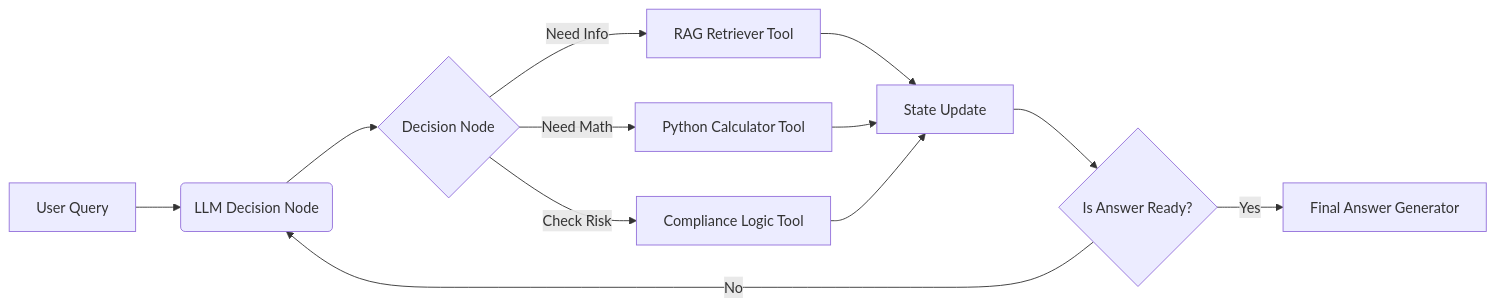
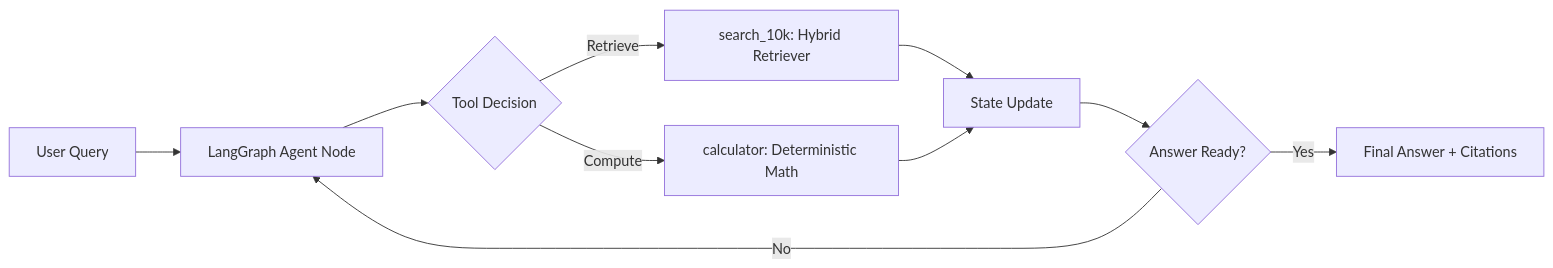
Before and after one commit to denis7-jean/Financial-Analyst-Agent-RAG-LangGraph: the diagram in README.md, drawn with Mermaid. The commit also changed other lines of this file, not shown here.

`````diff
--- a/README.md
+++ b/README.md
@@ -39,13 +45,12 @@
 ```mermaid
 graph LR
-    A[User Query] --> B(LLM Decision Node)
-    B --> C{Decision Node}
-    C -- "Need Info" --> D[RAG Retriever Tool]
-    C -- "Need Math" --> E[Python Calculator Tool]
-    C -- "Check Risk" --> F[Compliance Logic Tool]
-    D & E & F --> G[State Update]
-    G --> H{Is Answer Ready?}
-    H -- No --> B
-    H -- Yes --> I[Final Answer Generator]
-
-```
+    A[User Query] --> B[LangGraph Agent Node]
+    B --> C{Tool Decision}
+    C -- Retrieve --> D[search_10k: Hybrid Retriever]
+    C -- Compute --> E[calculator: Deterministic Math]
+    D --> F[State Update]
+    E --> F[State Update]
+    F --> G{Answer Ready?}
+    G -- No --> B
+    G -- Yes --> H[Final Answer + Citations]
+````
`````
